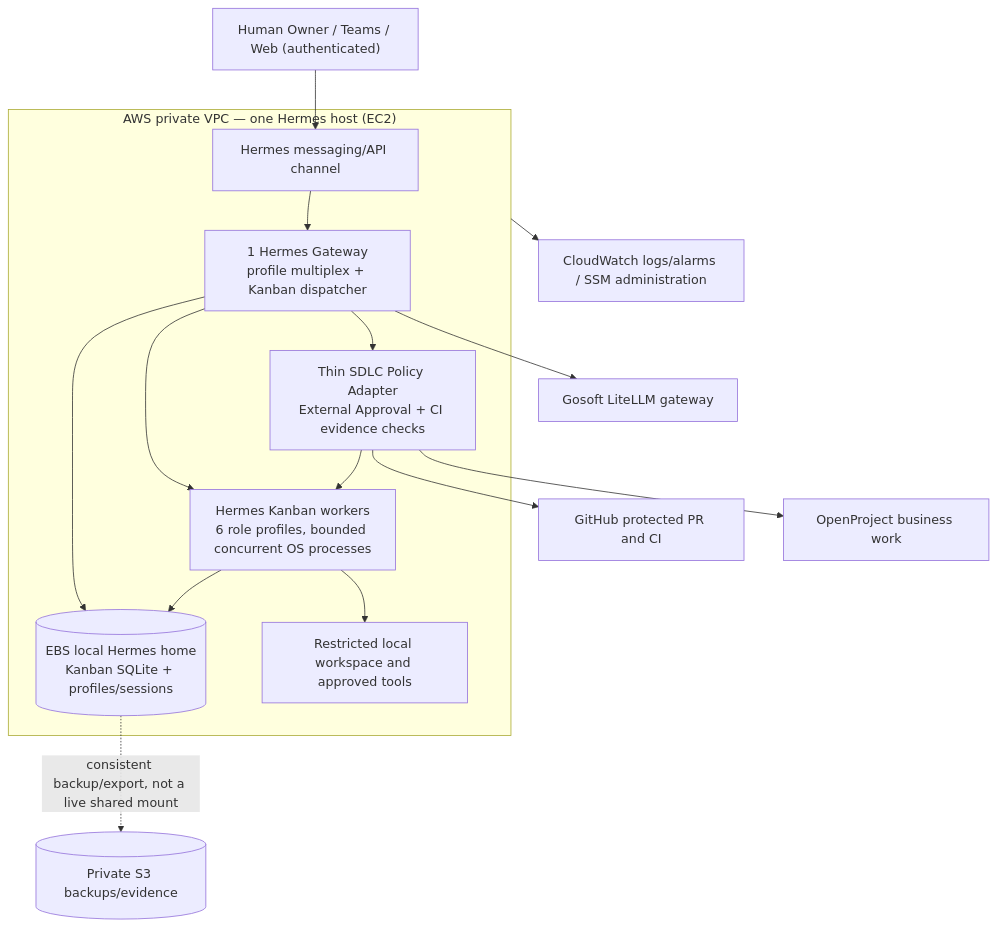
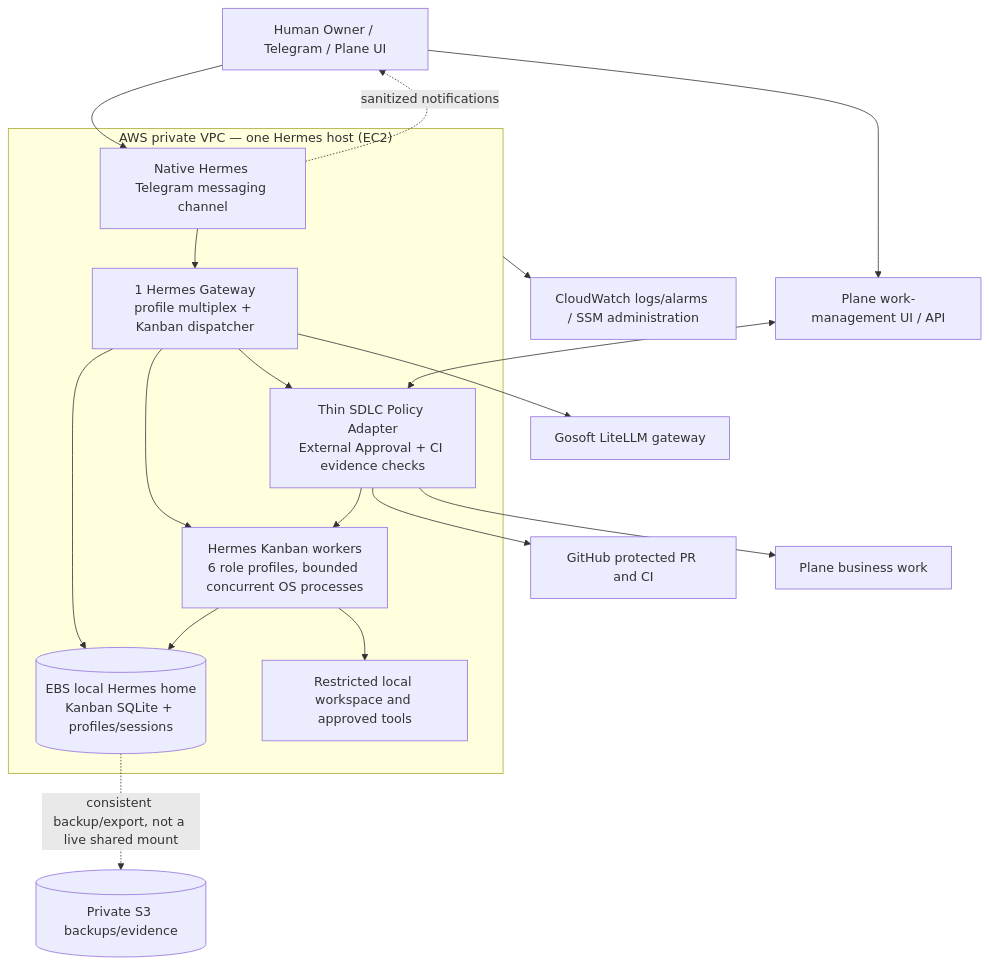
Before and after one commit to adisornsir/coe-eap-hermes-orchestration: the diagram in docs/16-hermes-native-deployment.md, drawn with Mermaid. The commit also changed other lines of this file and 7 other files, not shown here.

Commit message:
docs(architecture): adopt Plane work management and Telegram Hermes Gateway integration

```diff
--- a/docs/16-hermes-native-deployment.md
+++ b/docs/16-hermes-native-deployment.md
@@ -15,18 +19,21 @@
 ~~~mermaid
 flowchart TB
-  H["Human Owner / Teams / Web (authenticated)"] --> CH["Hermes messaging/API channel"]
+  H["Human Owner / Telegram / Plane UI"] --> CH["Native Hermes Telegram messaging channel"]
   subgraph VPC["AWS private VPC — one Hermes host (EC2)"]
     CH --> GW["1 Hermes Gateway<br/>profile multiplex + Kanban dispatcher"]
     GW --> KB[("EBS local Hermes home<br/>Kanban SQLite + profiles/sessions")]
     GW --> A["Hermes Kanban workers<br/>6 role profiles, bounded concurrent OS processes"]
     GW --> PG["Thin SDLC Policy Adapter<br/>External Approval + CI evidence checks"]
     PG --> A
     A --> KB
     A --> TOOLS["Restricted local workspace and approved tools"]
   end
   GW --> LM["Gosoft LiteLLM gateway"]
+  H --> PW["Plane work-management UI / API"]
+  PW <--> PG
+  CH -. "sanitized notifications" .-> H
   PG --> GH["GitHub protected PR and CI"]
-  PG --> OP["OpenProject business work"]
+  PG --> OP["Plane business work"]
   KB -. "consistent backup/export, not a live shared mount" .-> S3[("Private S3 backups/evidence")]
   VPC --> CW["CloudWatch logs/alarms / SSM administration"]
 ~~~
```
